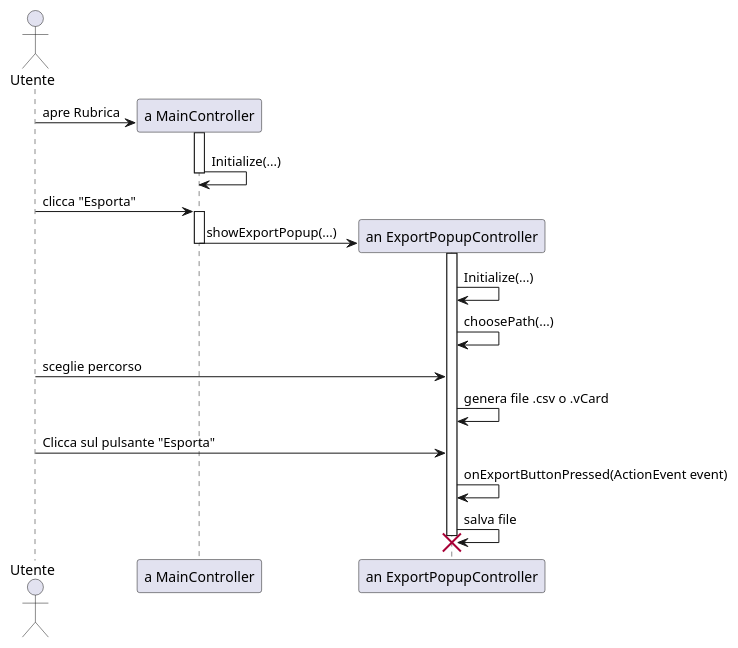
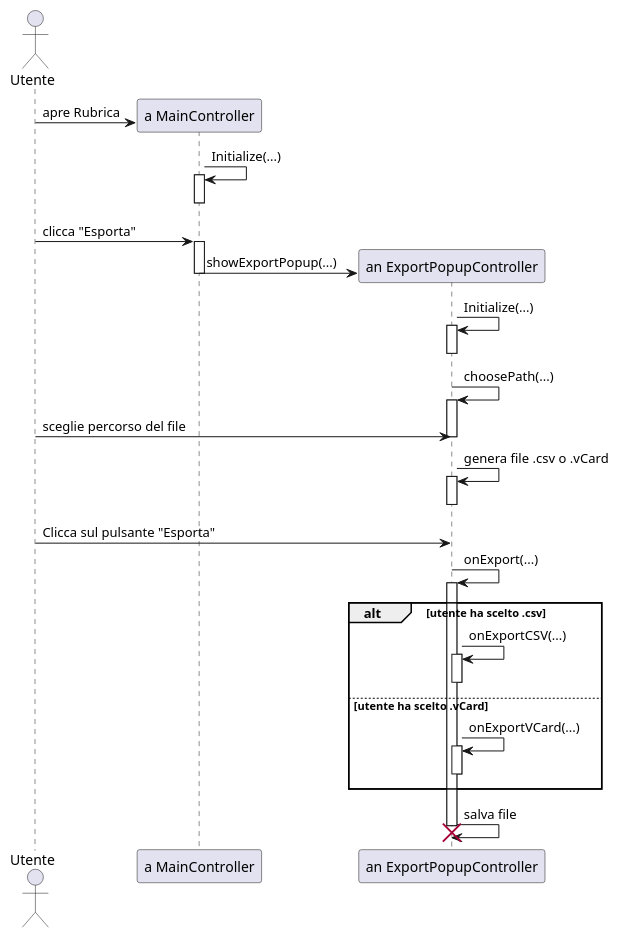
The diagram in documenti/diagrammaSequenzaC6EsportareRubrica.puml (savaava/ProgettoRubrica), drawn with PlantUML before and after one commit. The commit also changed 2 other files, not shown here.

Commit message:
update diagrammi classi e sequenza C6

```diff
--- a/documenti/diagrammaSequenzaC6EsportareRubrica.puml
+++ b/documenti/diagrammaSequenzaC6EsportareRubrica.puml
@@ -1,23 +1,39 @@
 @startuml EsportareRubrica
 actor Utente
 participant "a MainController" as MC
 participant "an ExportPopupController" as EPC
 
 Utente -> MC ** : apre Rubrica
+MC -> MC : Initialize(...)
 activate MC
-MC -> MC : Initialize(...)
 deactivate MC
 Utente -> MC : clicca "Esporta"
 activate MC
 MC -> EPC ** : showExportPopup(...)
 deactivate MC
+EPC -> EPC : Initialize(...)
 activate EPC
-EPC -> EPC : Initialize(...)
+deactivate EPC
 EPC -> EPC : choosePath(...)
-Utente -> EPC : sceglie percorso
+activate EPC
+Utente -> EPC : sceglie percorso del file
+deactivate EPC
 EPC -> EPC : genera file .csv o .vCard
+activate EPC
+deactivate EPC
 Utente -> EPC : Clicca sul pulsante "Esporta"
-EPC -> EPC : onExportButtonPressed(ActionEvent event)
+EPC -> EPC : onExport(...)
+activate EPC
+alt utente ha scelto .csv
+EPC -> EPC : onExportCSV(...)
+activate EPC
+deactivate EPC
+else utente ha scelto .vCard
+EPC -> EPC : onExportVCard(...)
+activate EPC
+deactivate EPC
+end
 EPC -> EPC : salva file
 destroy EPC
+deactivate EPC
 @enduml
```
